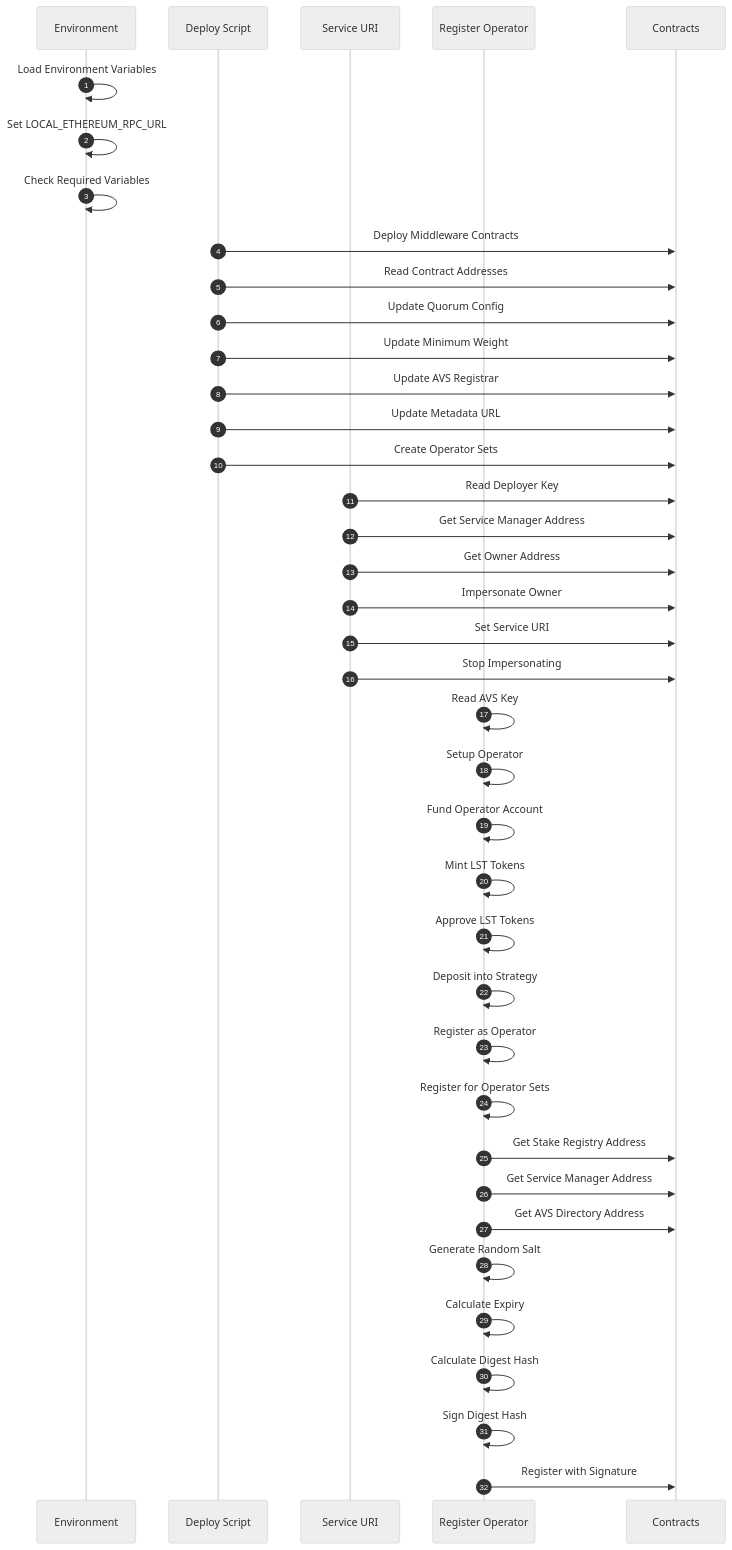
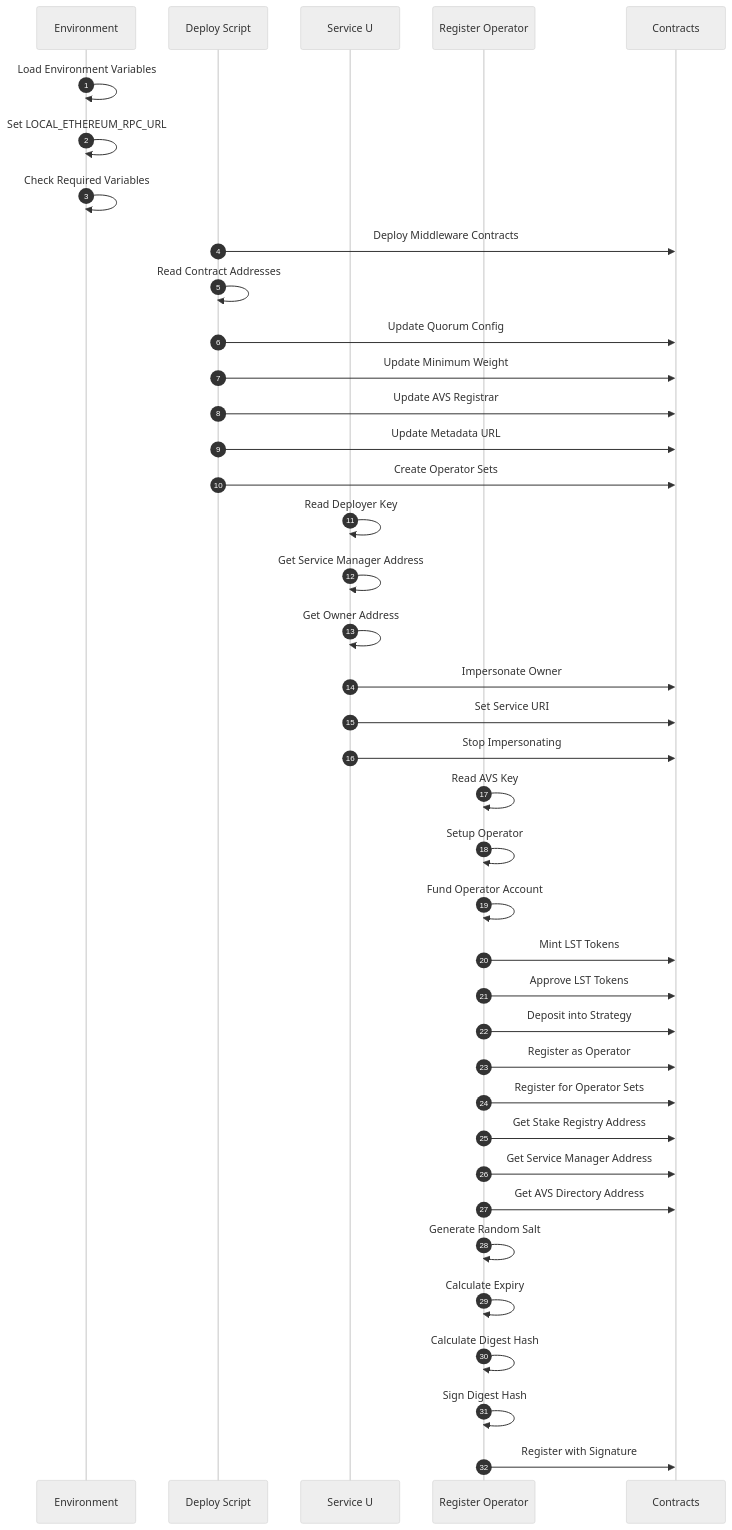
One commit to Lay3rLabs/wavs-middleware changed the diagram in README.md. Above: the diagram before and after it, drawn with Mermaid (neutral theme). The commit also changed other lines of this file, not shown here.

Commit message:
Minor mermaid cleanup

````diff
--- a/README.md
+++ b/README.md
@@ -91,45 +93,45 @@
 ```mermaid
 sequenceDiagram
     autonumber
     participant Env as Environment
     participant Deploy as Deploy Script
-    participant Service as Service URI
+    participant Service as Service U
     participant Register as Register Operator
     participant Contracts as Contracts
 
     Env->>Env: Load Environment Variables
     Env->>Env: Set LOCAL_ETHEREUM_RPC_URL
     Env->>Env: Check Required Variables
 
     Deploy->>Contracts: Deploy Middleware Contracts
-    Deploy->>Contracts: Read Contract Addresses
+    Deploy->>Deploy: Read Contract Addresses
     Deploy->>Contracts: Update Quorum Config
     Deploy->>Contracts: Update Minimum Weight
     Deploy->>Contracts: Update AVS Registrar
     Deploy->>Contracts: Update Metadata URL
     Deploy->>Contracts: Create Operator Sets
 
-    Service->>Contracts: Read Deployer Key
-    Service->>Contracts: Get Service Manager Address
-    Service->>Contracts: Get Owner Address
+    Service->>Service: Read Deployer Key
+    Service->>Service: Get Service Manager Address
+    Service->>Service: Get Owner Address
     Service->>Contracts: Impersonate Owner
     Service->>Contracts: Set Service URI
     Service->>Contracts: Stop Impersonating
 
     Register->>Register: Read AVS Key
     Register->>Register: Setup Operator
     Register->>Register: Fund Operator Account
-    Register->>Register: Mint LST Tokens
-    Register->>Register: Approve LST Tokens
-    Register->>Register: Deposit into Strategy
-    Register->>Register: Register as Operator
-    Register->>Register: Register for Operator Sets
+    Register->>Contracts: Mint LST Tokens
+    Register->>Contracts: Approve LST Tokens
+    Register->>Contracts: Deposit into Strategy
+    Register->>Contracts: Register as Operator
+    Register->>Contracts: Register for Operator Sets
     Register->>Contracts: Get Stake Registry Address
     Register->>Contracts: Get Service Manager Address
     Register->>Contracts: Get AVS Directory Address
     Register->>Register: Generate Random Salt
     Register->>Register: Calculate Expiry
     Register->>Register: Calculate Digest Hash
     Register->>Register: Sign Digest Hash
     Register->>Contracts: Register with Signature
 ```
````
